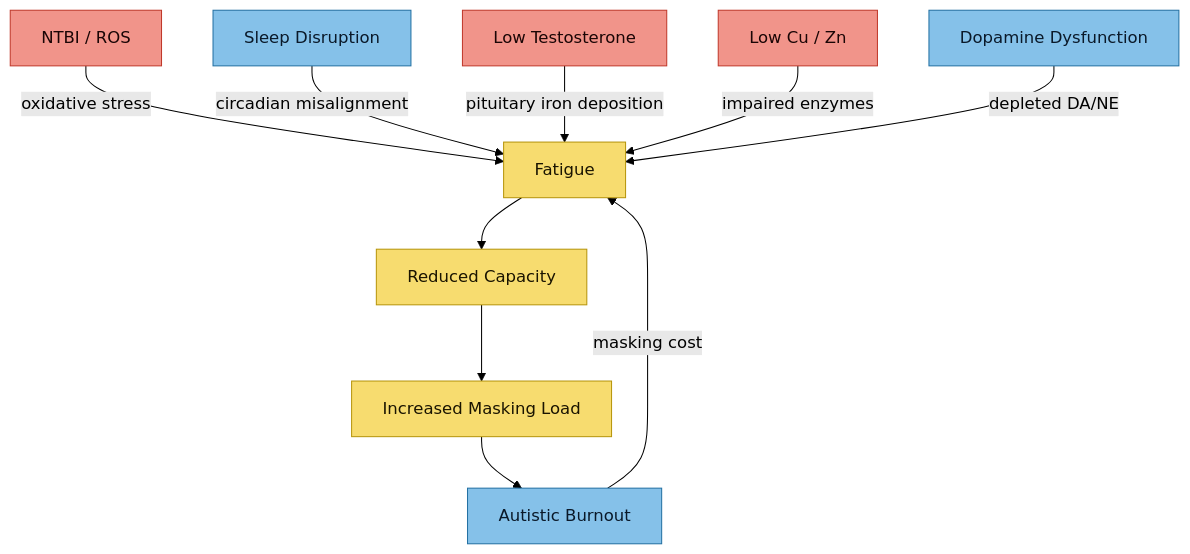
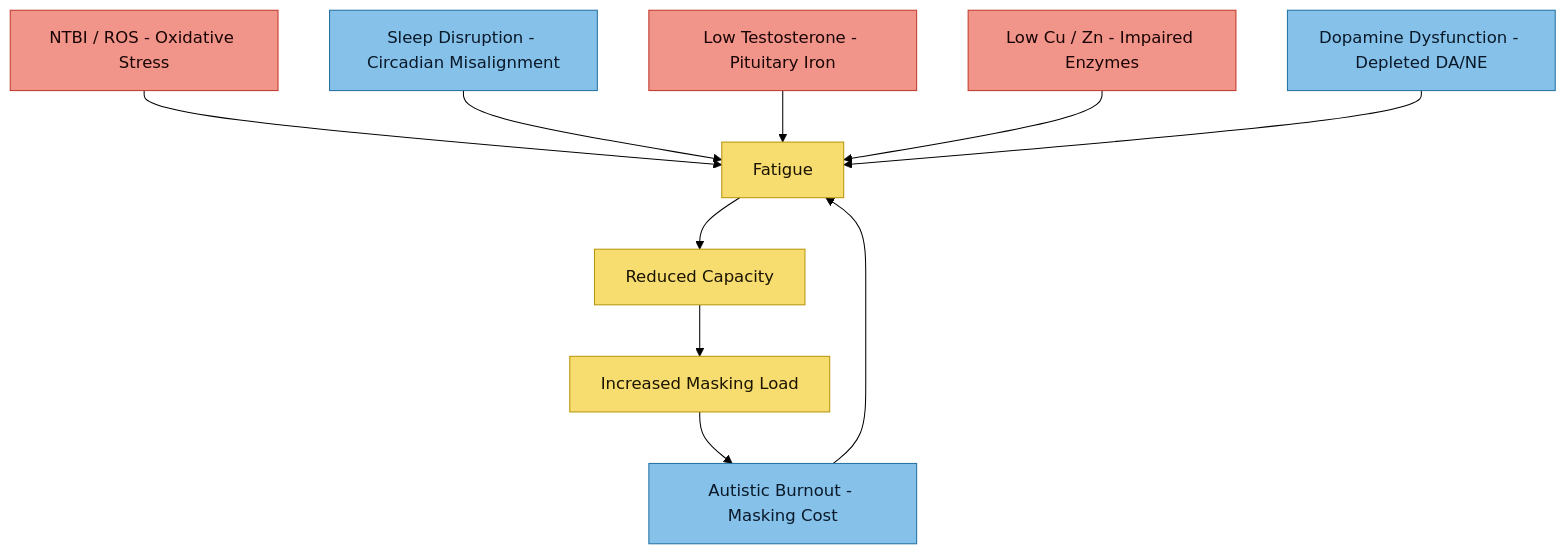
One commit to Aegis-commits/ag-hfe-adhd-asd-research changed the diagram in src/site/notes/symptoms/Fatigue and Burnout.md. Above: the diagram before and after it, drawn with Mermaid (forest theme). The commit also changed 14 other files, not shown here.

````diff
--- a/src/site/notes/symptoms/Fatigue and Burnout.md
+++ b/src/site/notes/symptoms/Fatigue and Burnout.md
@@ -13,20 +13,20 @@
 ```mermaid
 flowchart TD
-    A[NTBI / ROS] -->|oxidative stress| F[Fatigue]
-    B[Autistic Burnout] -->|masking cost| F
-    C[Sleep Disruption] -->|circadian misalignment| F
-    D[Low Testosterone] -->|pituitary iron deposition| F
-    E[Low Cu / Zn] -->|impaired enzymes| F
-    G[Dopamine Dysfunction] -->|depleted DA/NE| F
+    A[NTBI / ROS - Oxidative Stress] --> F[Fatigue]
+    B[Autistic Burnout - Masking Cost] --> F
+    C[Sleep Disruption - Circadian Misalignment] --> F
+    D[Low Testosterone - Pituitary Iron] --> F
+    E[Low Cu / Zn - Impaired Enzymes] --> F
+    G[Dopamine Dysfunction - Depleted DA/NE] --> F
     F --> H[Reduced Capacity]
     H --> I[Increased Masking Load]
     I --> B
 
     classDef pathological fill:#f1948a,stroke:#c0392b,color:#1a0505
     classDef neuro fill:#85c1e9,stroke:#2471a3,color:#0a1929
     classDef outcome fill:#f7dc6f,stroke:#b7950b,color:#1a1400
 
     class A,D,E pathological
     class B,C,G neuro
     class F,H,I outcome
 ```
````
